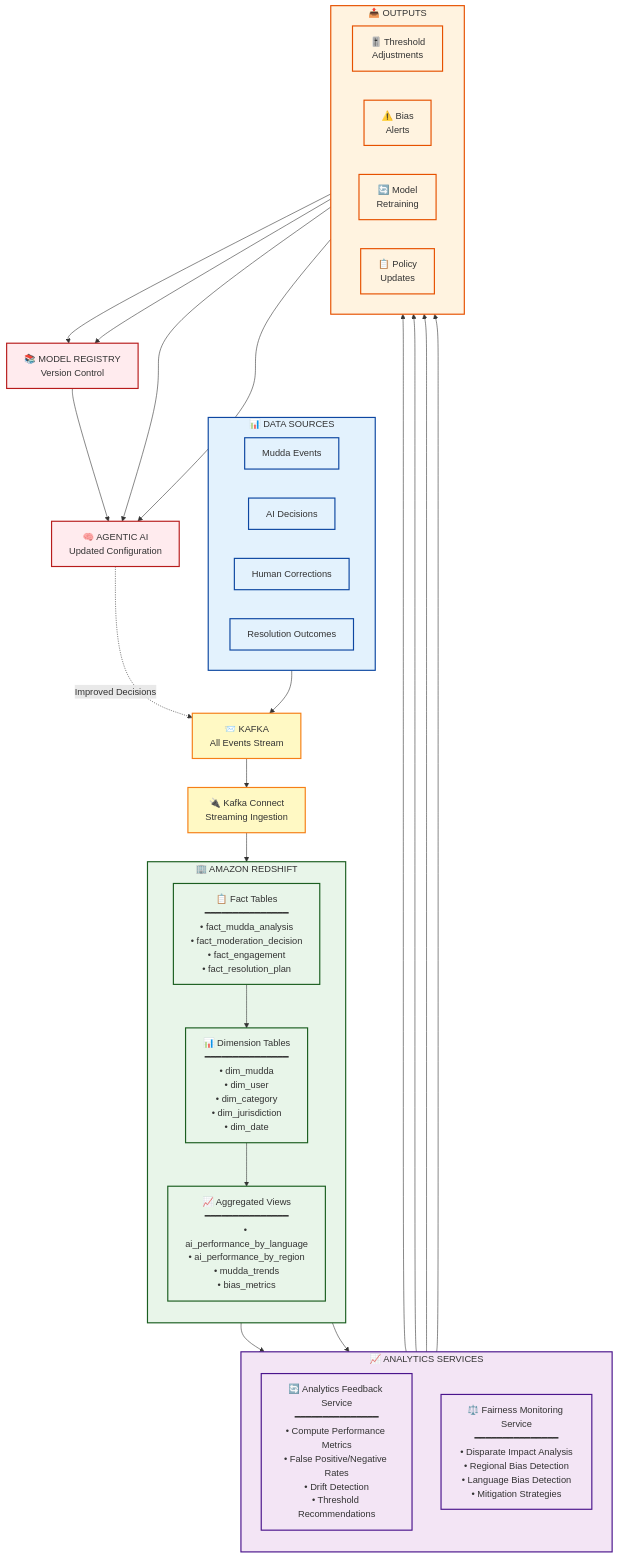
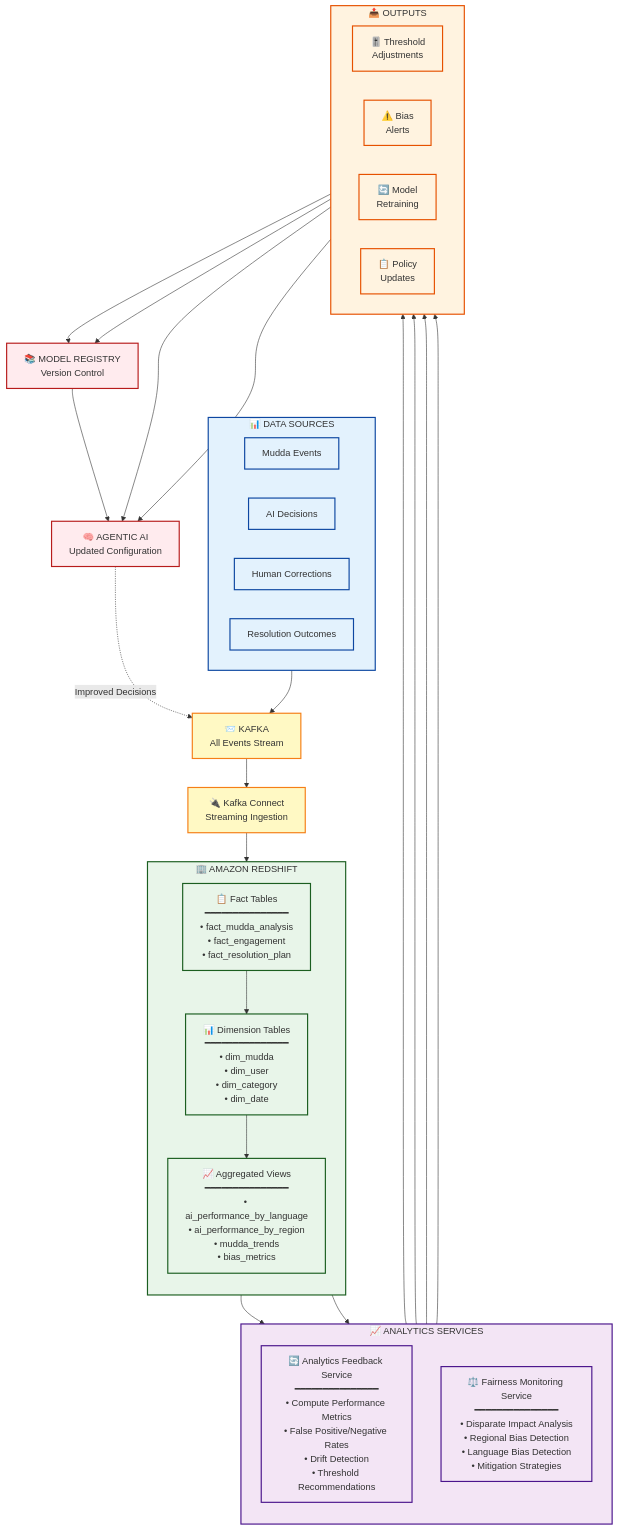
The fourth of 5 diagrams in .kiro/specs/mudda-platform/design.md (ShubhPundir/Mudda-AI-For-Bharat), drawn with Mermaid before and after one commit. The commit also changed other lines of this file and 1 other file, not shown here.

```diff
--- a/.kiro/specs/mudda-platform/design.md
+++ b/.kiro/specs/mudda-platform/design.md
@@ -468,9 +526,9 @@
     subgraph Redshift["🏢 AMAZON REDSHIFT"]
         direction TB
         
-        FactTables["📋 Fact Tables<br/>━━━━━━━━━━━━━━━<br/>• fact_mudda_analysis<br/>• fact_moderation_decision<br/>• fact_engagement<br/>• fact_resolution_plan"]
+        FactTables["📋 Fact Tables<br/>━━━━━━━━━━━━━━━<br/>• fact_mudda_analysis<br/>• fact_engagement<br/>• fact_resolution_plan"]
         
-        DimTables["📊 Dimension Tables<br/>━━━━━━━━━━━━━━━<br/>• dim_mudda<br/>• dim_user<br/>• dim_category<br/>• dim_jurisdiction<br/>• dim_date"]
+        DimTables["📊 Dimension Tables<br/>━━━━━━━━━━━━━━━<br/>• dim_mudda<br/>• dim_user<br/>• dim_category<br/>• dim_date"]
         
         AggViews["📈 Aggregated Views<br/>━━━━━━━━━━━━━━━<br/>• ai_performance_by_language<br/>• ai_performance_by_region<br/>• mudda_trends<br/>• bias_metrics"]
     end
```
